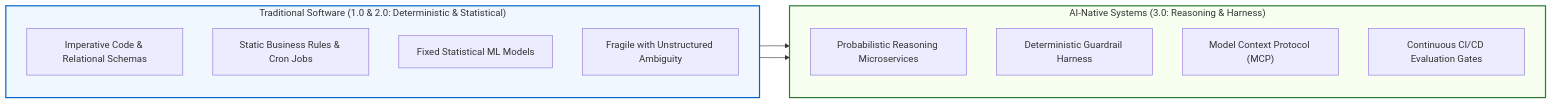
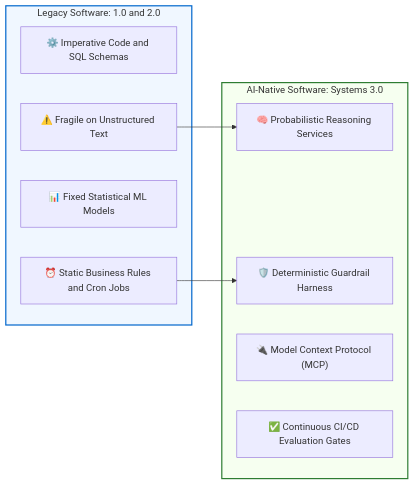
Before and after one commit to dip4k/senior-engineer-to-ai-engineer-roadmap: the first of 4 diagrams in senior-transition-guide.md, drawn with Mermaid. The commit also changed other lines of this file and 94 other files, not shown here.

Commit message:
refactor(curriculum): complete Phase 04 upgrade and enforce diagram renderer invariants

````diff
--- a/senior-transition-guide.md
+++ b/senior-transition-guide.md
@@ -8,24 +8,22 @@
 ```mermaid
 flowchart LR
-    subgraph NonAI["Traditional Software (1.0 & 2.0: Deterministic & Statistical)"]
-        direction TB
-        B1["Imperative Code & Relational Schemas"]
-        B2["Static Business Rules & Cron Jobs"]
-        B3["Fixed Statistical ML Models"]
-        B4["Fragile with Unstructured Ambiguity"]
+    subgraph NonAI["Legacy Software: 1.0 and 2.0"]
+        B1["⚙️ Imperative Code and SQL Schemas"]
+        B2["⏰ Static Business Rules and Cron Jobs"]
+        B3["📊 Fixed Statistical ML Models"]
+        B4["⚠️ Fragile on Unstructured Text"]
     end
     
-    subgraph AISolution["AI-Native Systems (3.0: Reasoning & Harness)"]
-        direction TB
-        A1["Probabilistic Reasoning Microservices"]
-        A2["Deterministic Guardrail Harness"]
-        A3["Model Context Protocol (MCP)"]
-        A4["Continuous CI/CD Evaluation Gates"]
+    subgraph AISolution["AI-Native Software: Systems 3.0"]
+        A1["🧠 Probabilistic Reasoning Services"]
+        A2["🛡️ Deterministic Guardrail Harness"]
+        A3["🔌 Model Context Protocol (MCP)"]
+        A4["✅ Continuous CI/CD Evaluation Gates"]
     end
 
     B2 --> A2
     B4 --> A1
 
     style NonAI fill:#f0f7ff,stroke:#0066cc,stroke-width:2px
     style AISolution fill:#f6fff0,stroke:#2e7d32,stroke-width:2px
 ```
````
